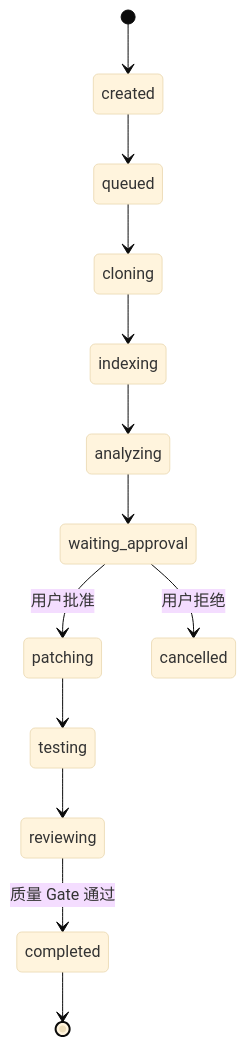
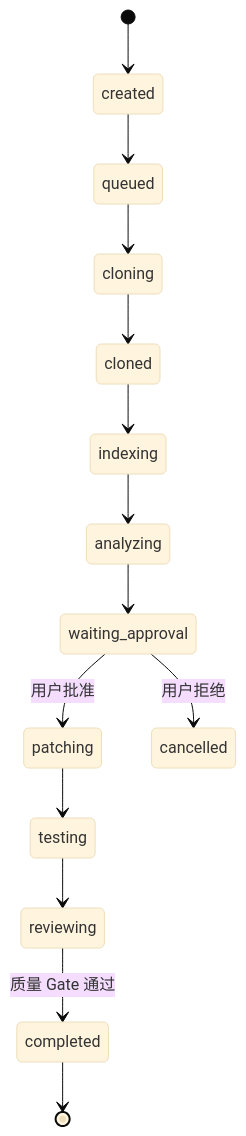
One commit to guiwenhui/IssuePilot changed the second of 2 diagrams in docs/architecture.md. Above: the diagram before and after it, drawn with Mermaid (base theme). The commit also changed other lines of this file and 51 other files, not shown here.

````diff
--- a/docs/architecture.md
+++ b/docs/architecture.md
@@ -78,15 +81,16 @@
 ```mermaid
 stateDiagram-v2
     [*] --> created
     created --> queued
     queued --> cloning
-    cloning --> indexing
+    cloning --> cloned
+    cloned --> indexing
     indexing --> analyzing
     analyzing --> waiting_approval
     waiting_approval --> patching: 用户批准
     waiting_approval --> cancelled: 用户拒绝
     patching --> testing
     testing --> reviewing
     reviewing --> completed: 质量 Gate 通过
     completed --> [*]
 ```
````
